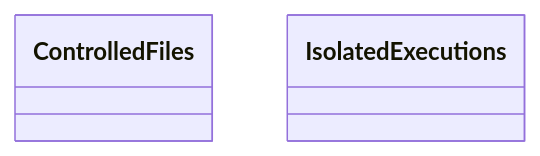
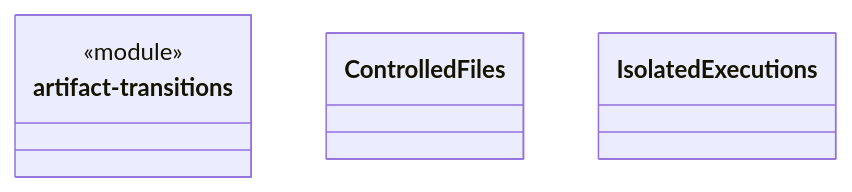
Before and after one commit to nan023062/cbim: the diagram in src/logic/file-operations/service/ARCHITECTURE.md, drawn with Mermaid. The commit also changed other lines of this file and 136 other files, not shown here.

````diff
--- a/src/logic/file-operations/service/ARCHITECTURE.md
+++ b/src/logic/file-operations/service/ARCHITECTURE.md
@@ -20,7 +23,11 @@
 ```mermaid
 classDiagram
+class N_e8546852791b["artifact-transitions"] {
+  <<module>>
+}
+click N_e8546852791b href "artifact-transitions.ts"
 class N_79d6b56b82a5["ControlledFiles"]
 click N_79d6b56b82a5 href "controlled-files.ts"
 class N_6ef04dfc6594["IsolatedExecutions"]
 click N_6ef04dfc6594 href "isolated-executions.ts"
 ```
````
